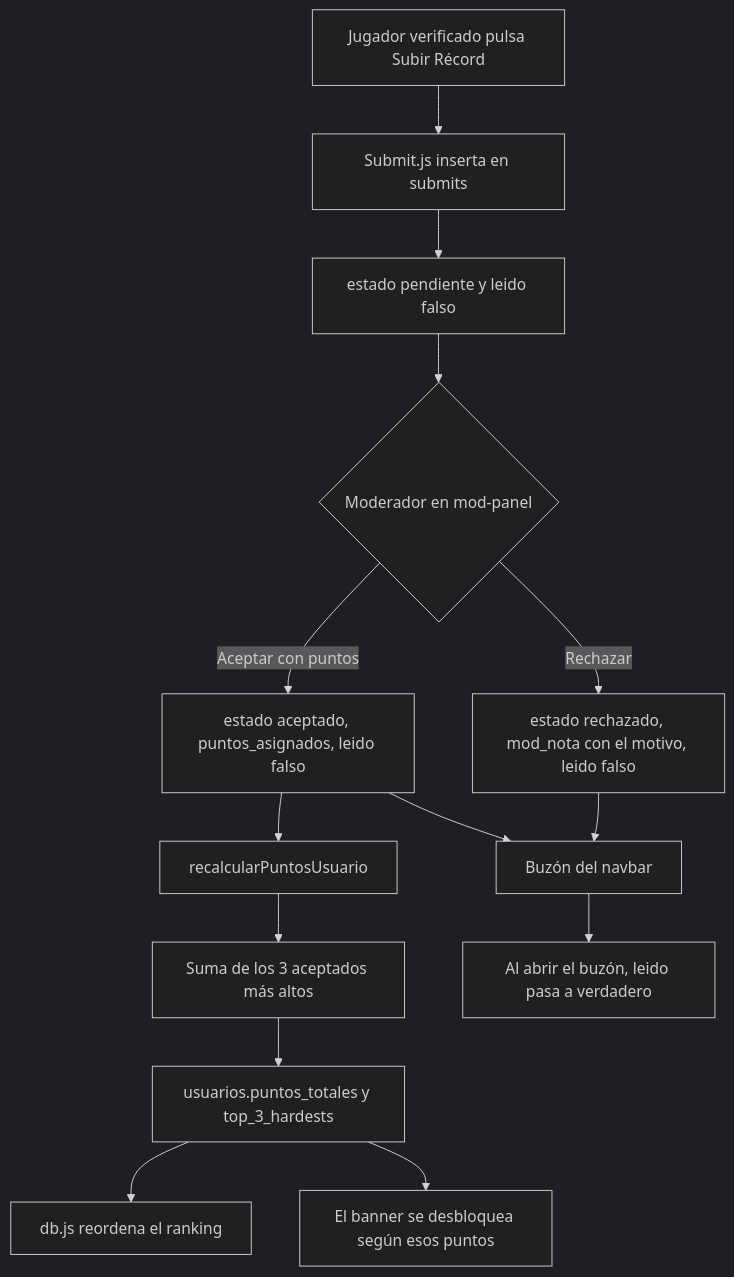
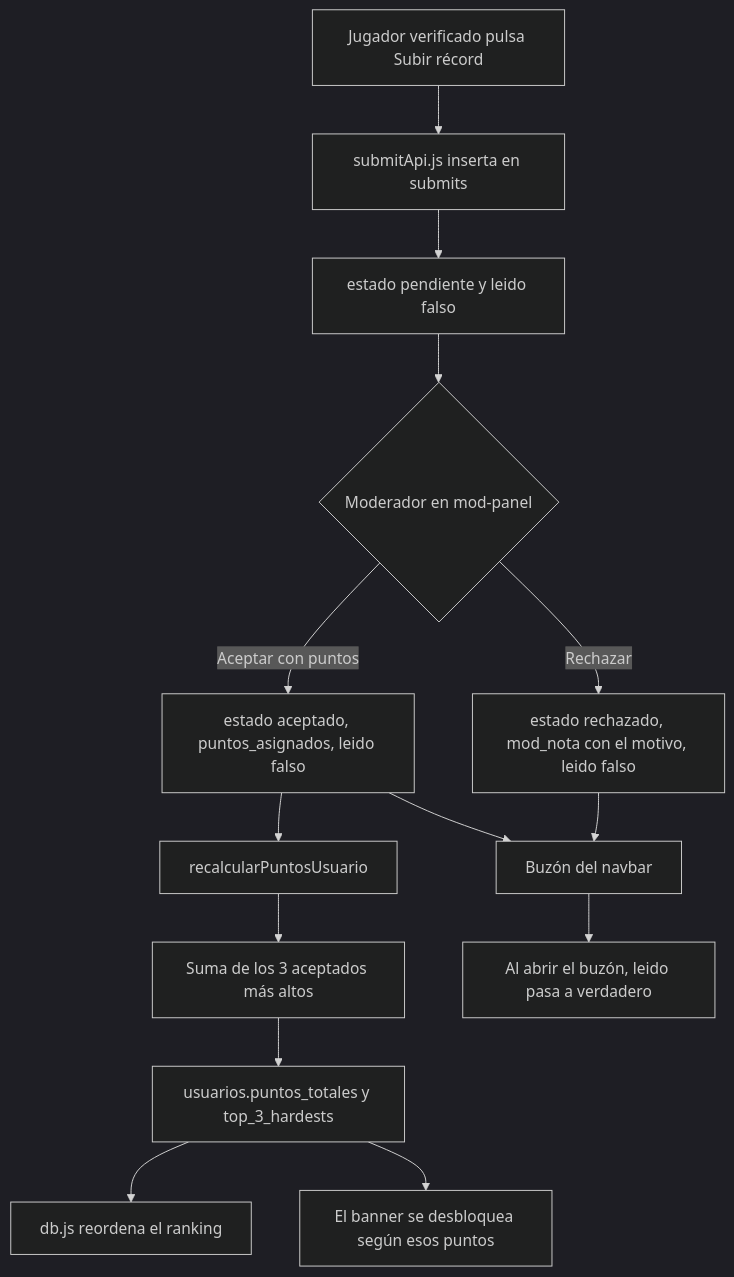
One commit to iRodama05/GDNC-List changed the second of 2 diagrams in README.md. Above: the diagram before and after it, drawn with Mermaid (dark theme). The commit also changed other lines of this file and 43 other files, not shown here.

````diff
--- a/README.md
+++ b/README.md
@@ -147,16 +144,16 @@
 ```mermaid
 flowchart TD
-    A[Jugador verificado pulsa Subir Récord] --> B[Submit.js inserta en submits]
+    A[Jugador verificado pulsa Subir récord] --> B[submitApi.js inserta en submits]
     B --> C[estado pendiente y leido falso]
     C --> D{Moderador en mod-panel}
     D -->|Rechazar| E[estado rechazado, mod_nota con el motivo, leido falso]
     D -->|Aceptar con puntos| F[estado aceptado, puntos_asignados, leido falso]
     F --> G[recalcularPuntosUsuario]
     G --> H[Suma de los 3 aceptados más altos]
     H --> I[usuarios.puntos_totales y top_3_hardests]
     I --> J[db.js reordena el ranking]
     I --> K[El banner se desbloquea según esos puntos]
     E --> L[Buzón del navbar]
     F --> L
     L --> M[Al abrir el buzón, leido pasa a verdadero]
 ```
````
